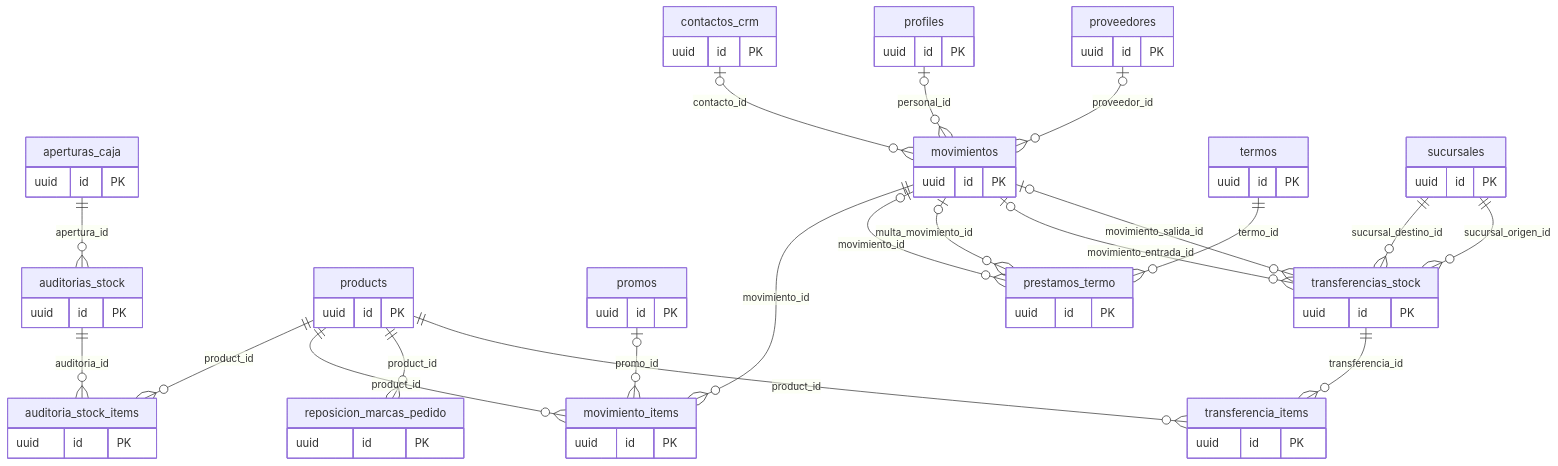
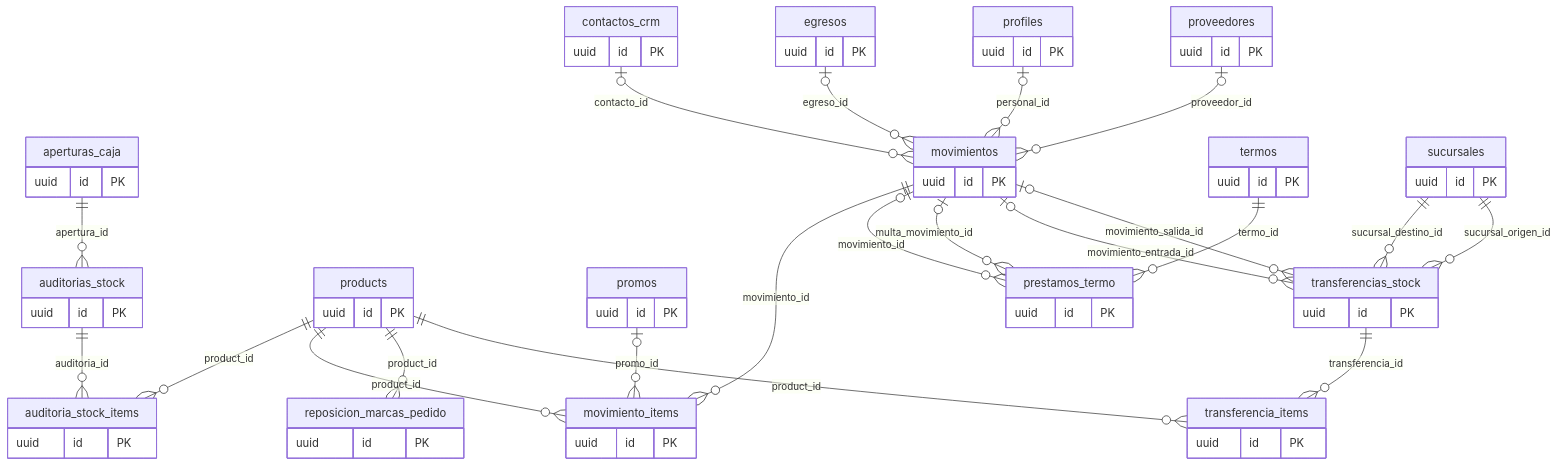
Before and after one commit to gabriel-300/kioscos-ideia: the third of 8 diagrams in docs/base-de-datos.md, drawn with Mermaid. The commit also changed other lines of this file and 35 other files, not shown here.

````diff
--- a/docs/base-de-datos.md
+++ b/docs/base-de-datos.md
@@ -283,70 +284,74 @@
 ```mermaid
 erDiagram
   auditorias_stock ||--o{ auditoria_stock_items : "auditoria_id"
   products ||--o{ auditoria_stock_items : "product_id"
   aperturas_caja ||--o{ auditorias_stock : "apertura_id"
   movimientos ||--o{ movimiento_items : "movimiento_id"
   products ||--o{ movimiento_items : "product_id"
   promos |o--o{ movimiento_items : "promo_id"
   contactos_crm |o--o{ movimientos : "contacto_id"
+  egresos |o--o{ movimientos : "egreso_id"
   profiles |o--o{ movimientos : "personal_id"
   proveedores |o--o{ movimientos : "proveedor_id"
   movimientos |o--o{ prestamos_termo : "movimiento_id"
   movimientos |o--o{ prestamos_termo : "multa_movimiento_id"
   termos ||--o{ prestamos_termo : "termo_id"
   products ||--o{ reposicion_marcas_pedido : "product_id"
   products ||--o{ transferencia_items : "product_id"
   transferencias_stock ||--o{ transferencia_items : "transferencia_id"
   movimientos |o--o{ transferencias_stock : "movimiento_entrada_id"
   movimientos |o--o{ transferencias_stock : "movimiento_salida_id"
   sucursales ||--o{ transferencias_stock : "sucursal_destino_id"
   sucursales ||--o{ transferencias_stock : "sucursal_origen_id"
   sucursales {
     uuid id PK
   }
   movimientos {
     uuid id PK
   }
   movimiento_items {
     uuid id PK
   }
   transferencias_stock {
     uuid id PK
   }
   transferencia_items {
     uuid id PK
   }
   auditorias_stock {
     uuid id PK
   }
   auditoria_stock_items {
     uuid id PK
   }
   termos {
     uuid id PK
   }
   prestamos_termo {
     uuid id PK
   }
   reposicion_marcas_pedido {
     uuid id PK
   }
   products {
     uuid id PK
   }
   aperturas_caja {
     uuid id PK
   }
   promos {
     uuid id PK
   }
   contactos_crm {
     uuid id PK
   }
+  egresos {
+    uuid id PK
+  }
   profiles {
     uuid id PK
   }
   proveedores {
     uuid id PK
   }
 ```
````
